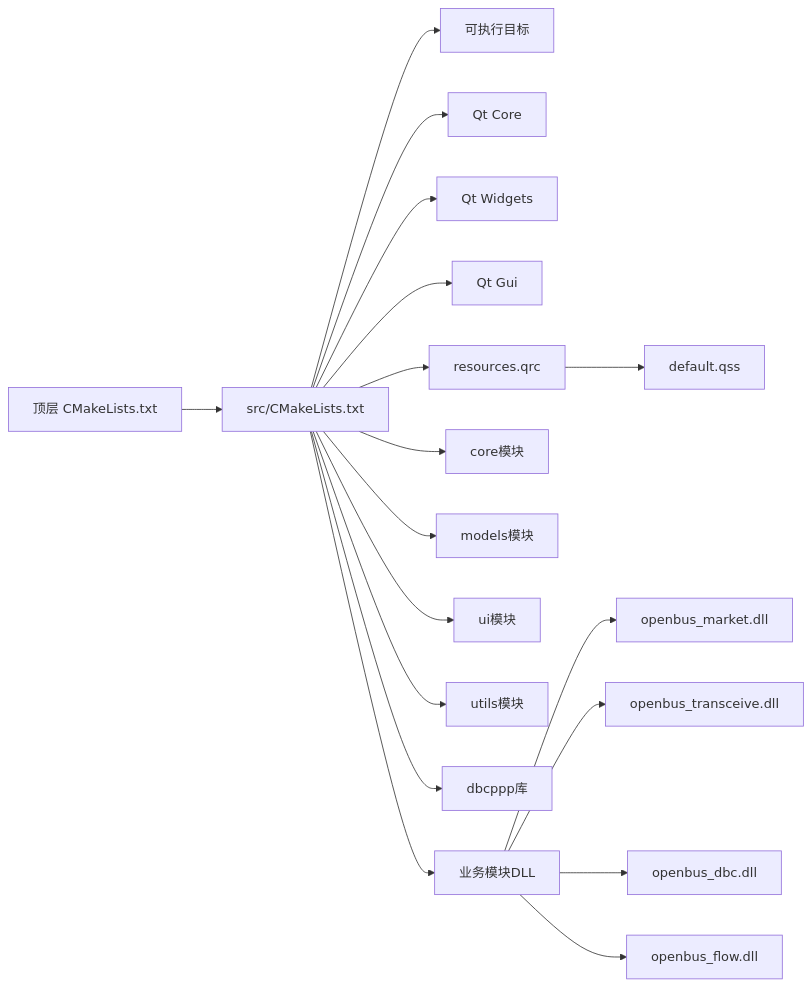
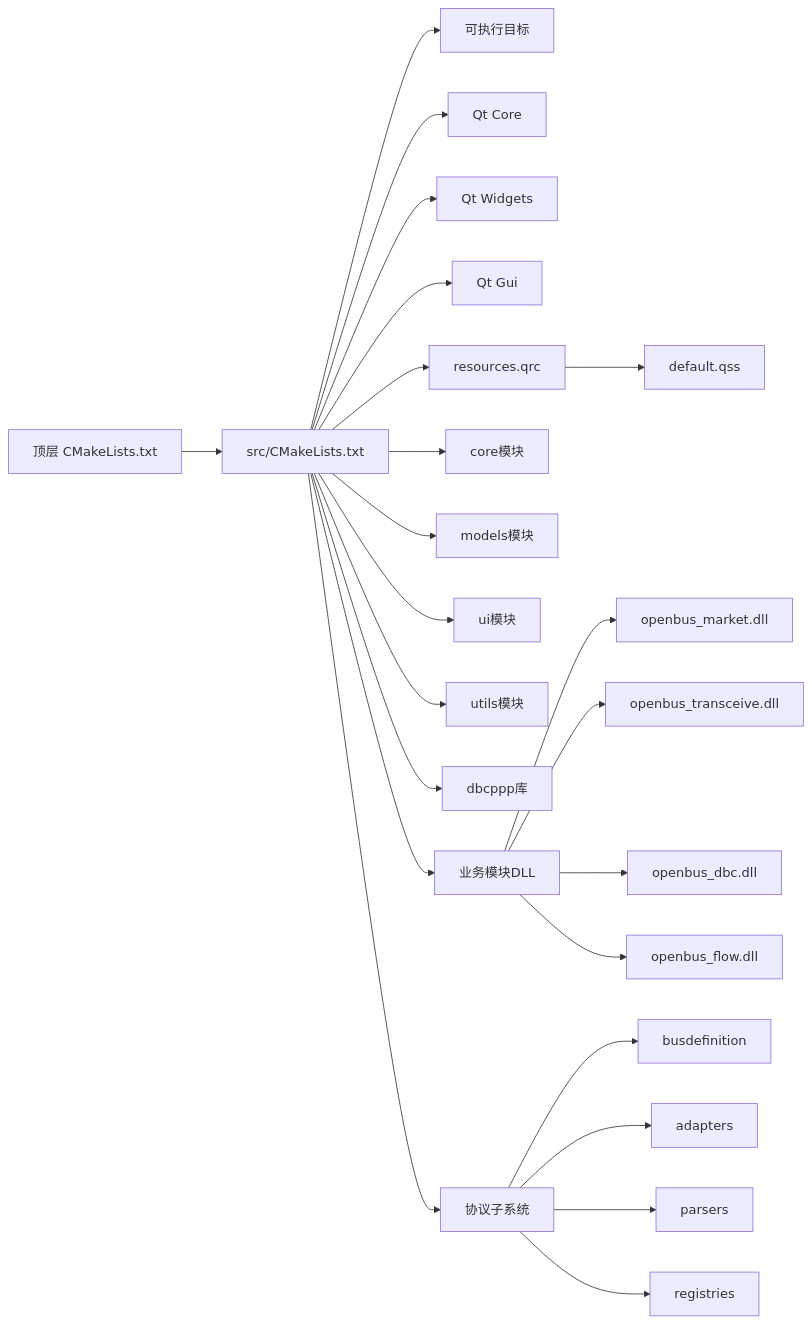
One commit to jakecai1225-design/OpenBus changed the seventh of 8 diagrams in .qoder/repowiki/zh/content/核心模块详解/核心模块详解.md. Above: the diagram before and after it, drawn with Mermaid. The commit also changed other lines of this file and 899 other files, not shown here.

````diff
--- a/.qoder/repowiki/zh/content/核心模块详解/核心模块详解.md
+++ b/.qoder/repowiki/zh/content/核心模块详解/核心模块详解.md
@@ -707,20 +955,25 @@
 ```mermaid
 graph LR
 Top["顶层 CMakeLists.txt"] --> Src["src/CMakeLists.txt"]
 Src --> Target["可执行目标"]
 Src --> QtCore["Qt Core"]
 Src --> QtWidgets["Qt Widgets"]
 Src --> QtGui["Qt Gui"]
 Src --> QRC["resources.qrc"]
 QRC --> QSS["default.qss"]
 Src --> Core["core模块"]
 Src --> Models["models模块"]
 Src --> UI["ui模块"]
 Src --> Utils["utils模块"]
 Src --> DBCPP["dbcppp库"]
 Src --> Modules["业务模块DLL"]
+Src --> Protocol["协议子系统"]
+Protocol --> BusDef["busdefinition"]
+Protocol --> Adapters["adapters"]
+Protocol --> Parsers["parsers"]
+Protocol --> Registries["registries"]
 Modules --> Market["openbus_market.dll"]
 Modules --> Transceive["openbus_transceive.dll"]
 Modules --> DBC["openbus_dbc.dll"]
 Modules --> Flow["openbus_flow.dll"]
 ```
````
